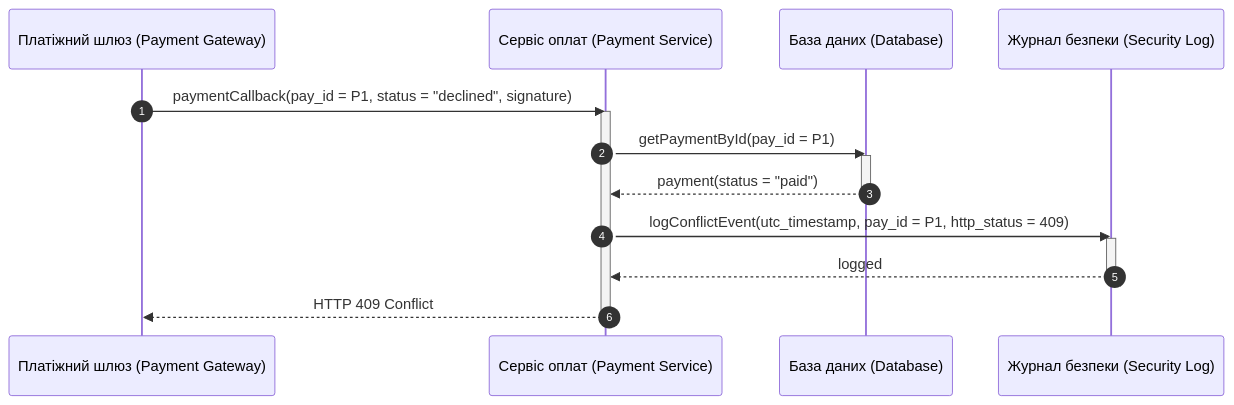
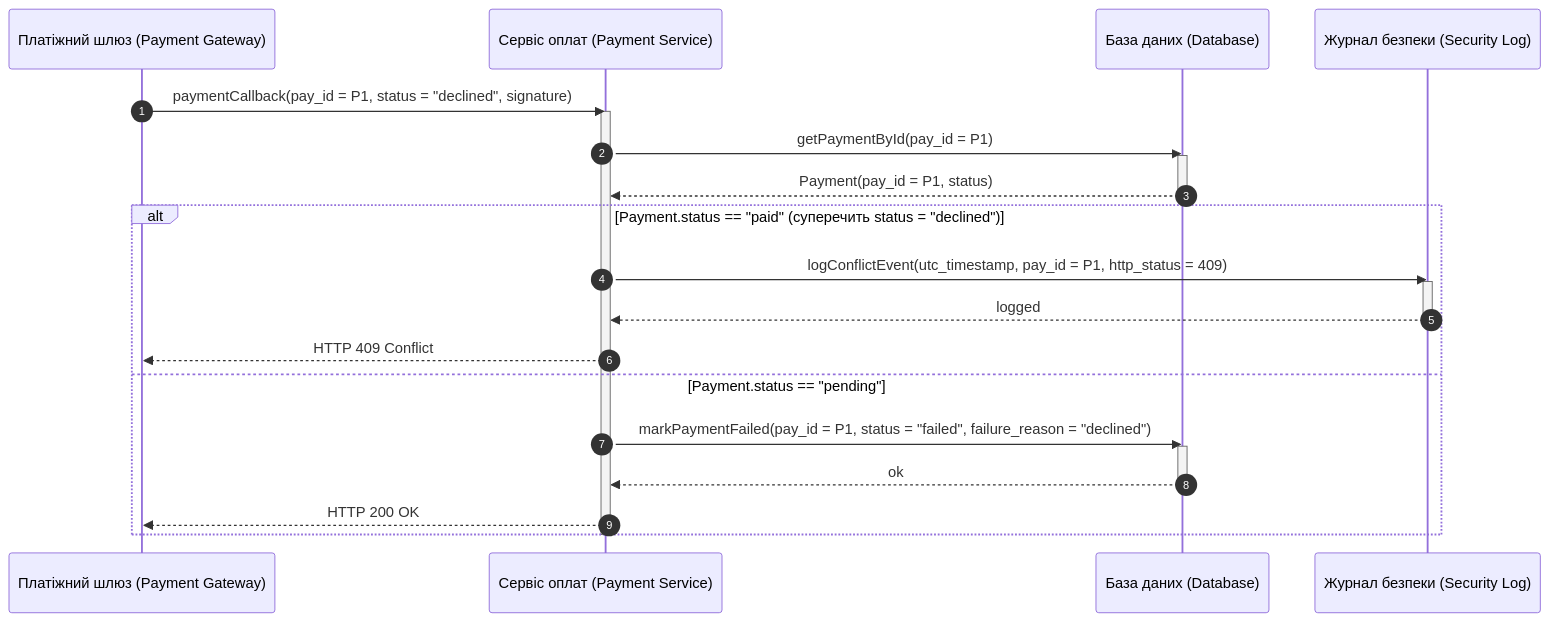
Before and after one commit to hutnichs/KPI_MAVPZ: the eighth of 15 diagrams in Lab3/diagram.md, drawn with Mermaid. The commit also changed other lines of this file, not shown here.

Commit message:
Refactor payment flow and update details

````diff
--- a/Lab3/diagram.md
+++ b/Lab3/diagram.md
@@ -260,21 +283,29 @@
 ```mermaid
 sequenceDiagram
     autonumber
     participant PGW as Платіжний шлюз (Payment Gateway)
     participant PS as Сервіс оплат (Payment Service)
     participant DB as База даних (Database)
     participant SecLog as Журнал безпеки (Security Log)
 
     PGW->>PS: paymentCallback(pay_id = P1, status = "declined", signature)
     activate PS
     PS->>DB: getPaymentById(pay_id = P1)
     activate DB
-    DB-->>PS: payment(status = "paid")
+    DB-->>PS: Payment(pay_id = P1, status)
     deactivate DB
-    PS->>SecLog: logConflictEvent(utc_timestamp, pay_id = P1, http_status = 409)
-    activate SecLog
-    SecLog-->>PS: logged
-    deactivate SecLog
-    PS-->>PGW: HTTP 409 Conflict
+    alt Payment.status == "paid" (суперечить status = "declined")
+        PS->>SecLog: logConflictEvent(utc_timestamp, pay_id = P1, http_status = 409)
+        activate SecLog
+        SecLog-->>PS: logged
+        deactivate SecLog
+        PS-->>PGW: HTTP 409 Conflict
+    else Payment.status == "pending"
+        PS->>DB: markPaymentFailed(pay_id = P1, status = "failed", failure_reason = "declined")
+        activate DB
+        DB-->>PS: ok
+        deactivate DB
+        PS-->>PGW: HTTP 200 OK
+    end
     deactivate PS
 ```
````
